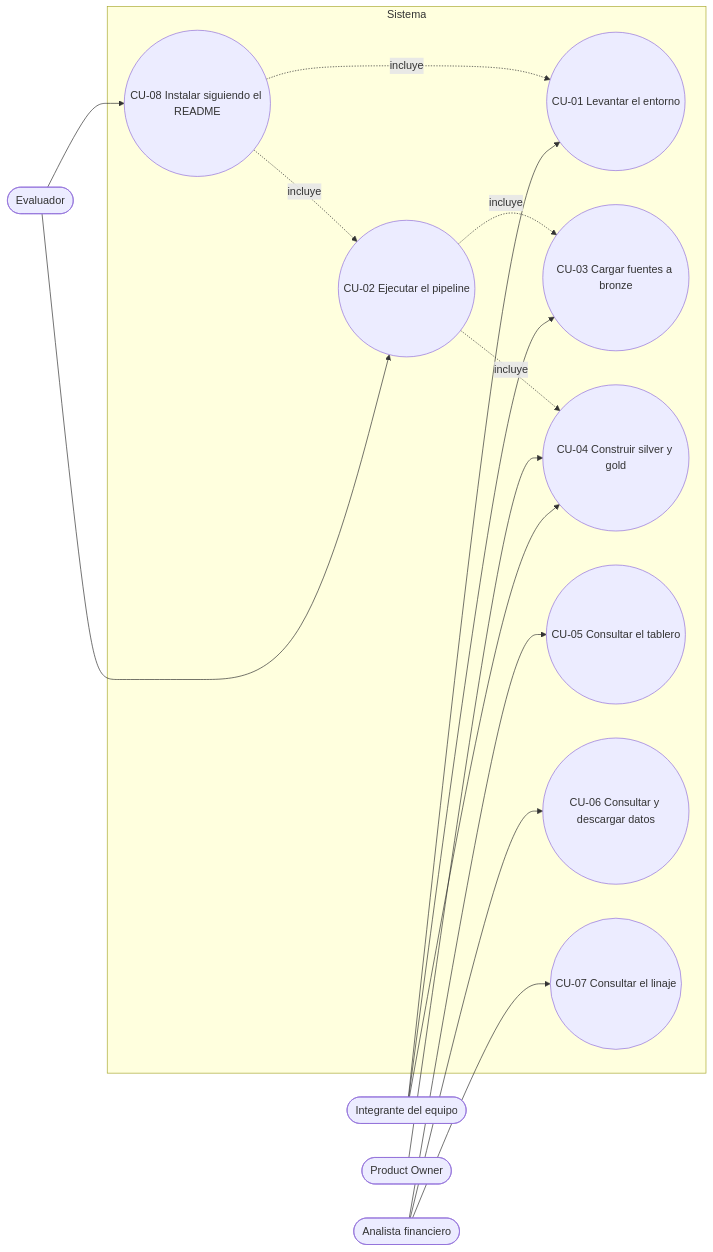
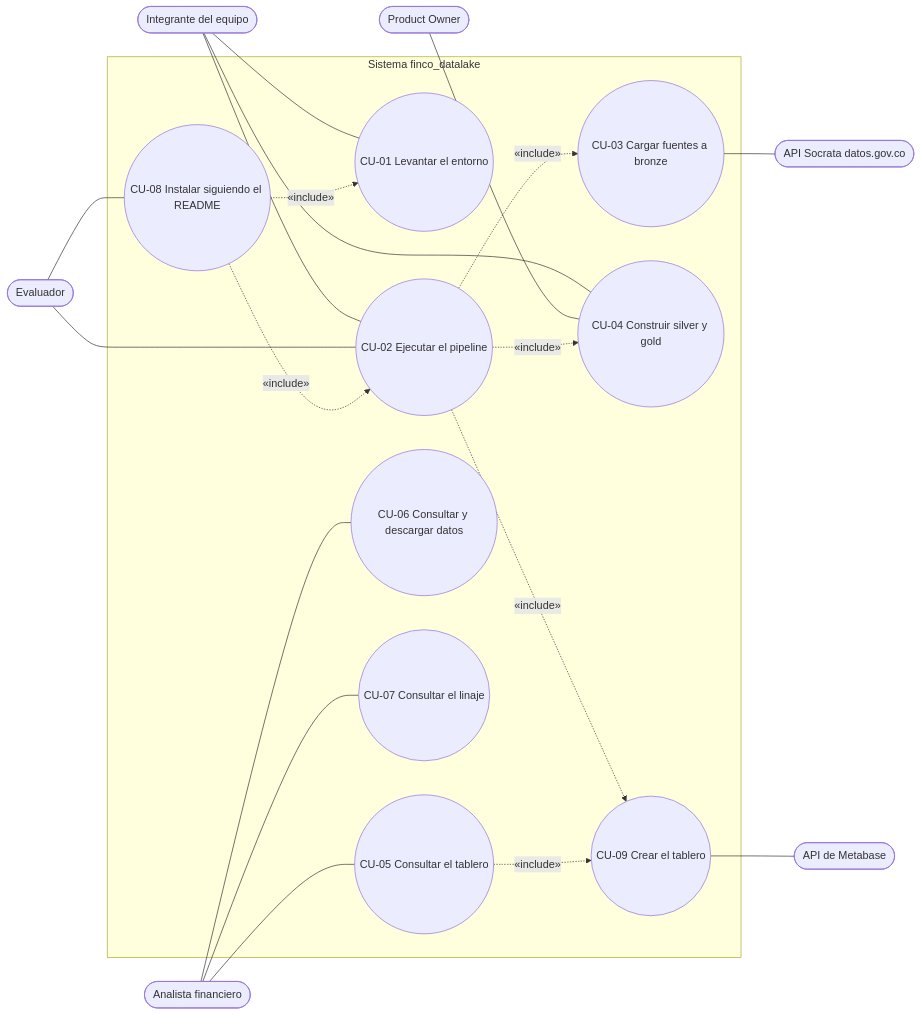
One commit to DavidRestrepo66/finco_datalake_david changed the diagram in docs/diseno/casos-uso.md. Above: the diagram before and after it, drawn with Mermaid. The commit also changed other lines of this file and 12 other files, not shown here.

Commit message:
docs: modelos UML, estrategia de pruebas y versionado del Entregable 2

````diff
--- a/docs/diseno/casos-uso.md
+++ b/docs/diseno/casos-uso.md
@@ -7,32 +11,41 @@
 ```mermaid
 flowchart LR
     AF([Analista financiero])
     IE([Integrante del equipo])
     EV([Evaluador])
     PO([Product Owner])
 
-    subgraph Sistema
+    subgraph SIS[Sistema finco_datalake]
         CU01((CU-01 Levantar el entorno))
         CU02((CU-02 Ejecutar el pipeline))
         CU03((CU-03 Cargar fuentes a bronze))
         CU04((CU-04 Construir silver y gold))
         CU05((CU-05 Consultar el tablero))
         CU06((CU-06 Consultar y descargar datos))
         CU07((CU-07 Consultar el linaje))
         CU08((CU-08 Instalar siguiendo el README))
+        CU09((CU-09 Crear el tablero))
     end
 
-    IE --> CU01
-    IE --> CU03
-    IE --> CU04
-    EV --> CU08
-    EV --> CU02
-    AF --> CU05
-    AF --> CU06
-    AF --> CU07
-    PO --> CU04
-    CU02 -.incluye.-> CU03
-    CU02 -.incluye.-> CU04
-    CU08 -.incluye.-> CU01
-    CU08 -.incluye.-> CU02
+    SOC([API Socrata datos.gov.co])
+    MBA([API de Metabase])
+
+    IE --- CU01
+    IE --- CU02
+    IE --- CU04
+    EV --- CU08
+    EV --- CU02
+    AF --- CU05
+    AF --- CU06
+    AF --- CU07
+    PO --- CU04
+    CU03 --- SOC
+    CU09 --- MBA
+
+    CU02 -. "«include»" .-> CU03
+    CU02 -. "«include»" .-> CU04
+    CU02 -. "«include»" .-> CU09
+    CU08 -. "«include»" .-> CU01
+    CU08 -. "«include»" .-> CU02
+    CU05 -. "«include»" .-> CU09
 ```
````
